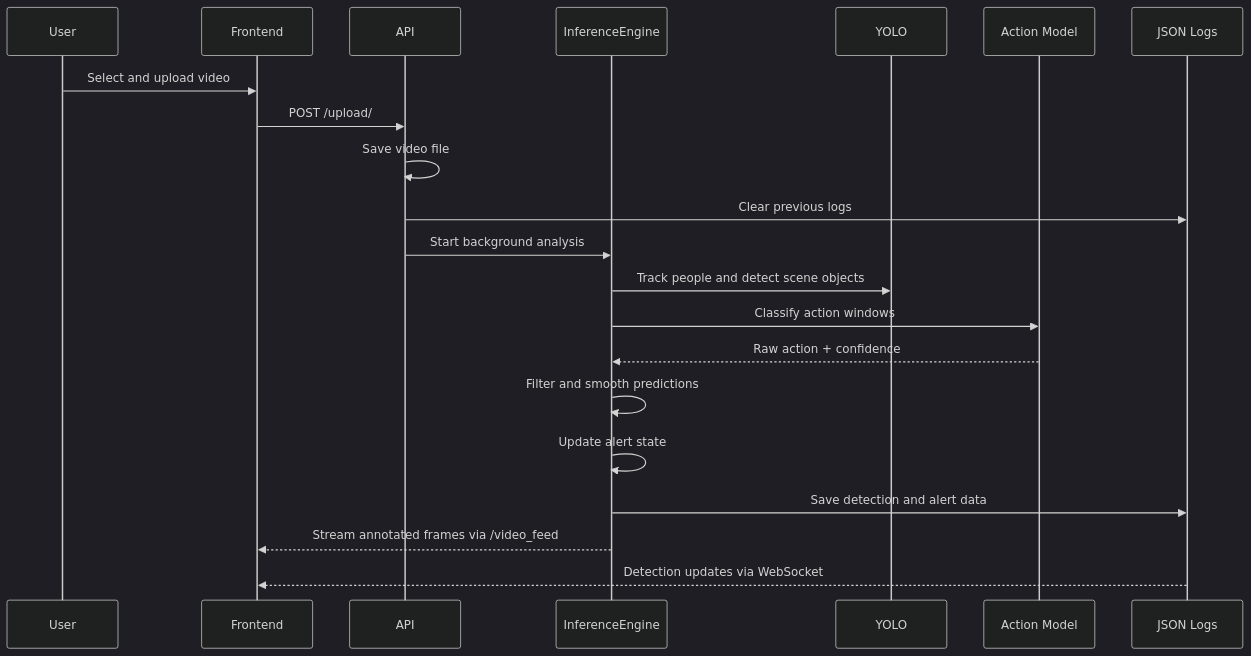
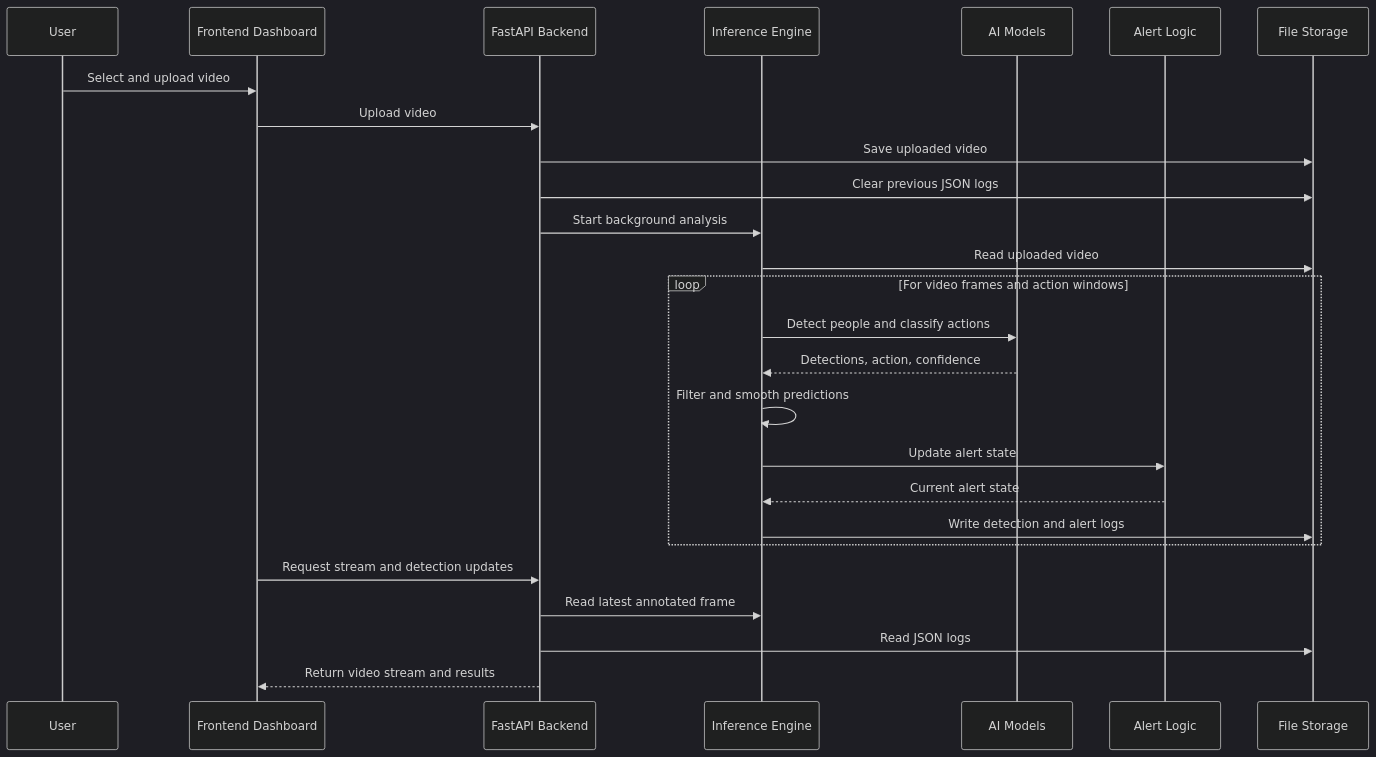
The second of 5 diagrams in PROJECT_DOCUMENTATION.md (Magda1103/Problem-Workshop-in-Software-Engineering), drawn with Mermaid (dark theme) before and after one commit.

Commit message:
Md change

````diff
--- a/PROJECT_DOCUMENTATION.md
+++ b/PROJECT_DOCUMENTATION.md
@@ -193,24 +193,31 @@
 ```mermaid
 sequenceDiagram
     participant User
-    participant Frontend
-    participant API
-    participant Engine as InferenceEngine
-    participant YOLO
-    participant Model as Action Model
-    participant Logs as JSON Logs
+    participant Frontend as Frontend Dashboard
+    participant Backend as FastAPI Backend
+    participant Engine as Inference Engine
+    participant Models as AI Models
+    participant AlertLogic as Alert Logic
+    participant Storage as File Storage
 
     User->>Frontend: Select and upload video
-    Frontend->>API: POST /upload/
-    API->>API: Save video file
-    API->>Logs: Clear previous logs
-    API->>Engine: Start background analysis
-    Engine->>YOLO: Track people and detect scene objects
-    Engine->>Model: Classify action windows
-    Model-->>Engine: Raw action + confidence
-    Engine->>Engine: Filter and smooth predictions
-    Engine->>Engine: Update alert state
-    Engine->>Logs: Save detection and alert data
-    Engine-->>Frontend: Stream annotated frames via /video_feed
-    Logs-->>Frontend: Detection updates via WebSocket
+    Frontend->>Backend: Upload video
+    Backend->>Storage: Save uploaded video
+    Backend->>Storage: Clear previous JSON logs
+    Backend->>Engine: Start background analysis
+
+    Engine->>Storage: Read uploaded video
+    loop For video frames and action windows
+        Engine->>Models: Detect people and classify actions
+        Models-->>Engine: Detections, action, confidence
+        Engine->>Engine: Filter and smooth predictions
+        Engine->>AlertLogic: Update alert state
+        AlertLogic-->>Engine: Current alert state
+        Engine->>Storage: Write detection and alert logs
+    end
+
+    Frontend->>Backend: Request stream and detection updates
+    Backend->>Engine: Read latest annotated frame
+    Backend->>Storage: Read JSON logs
+    Backend-->>Frontend: Return video stream and results
 ```
````
